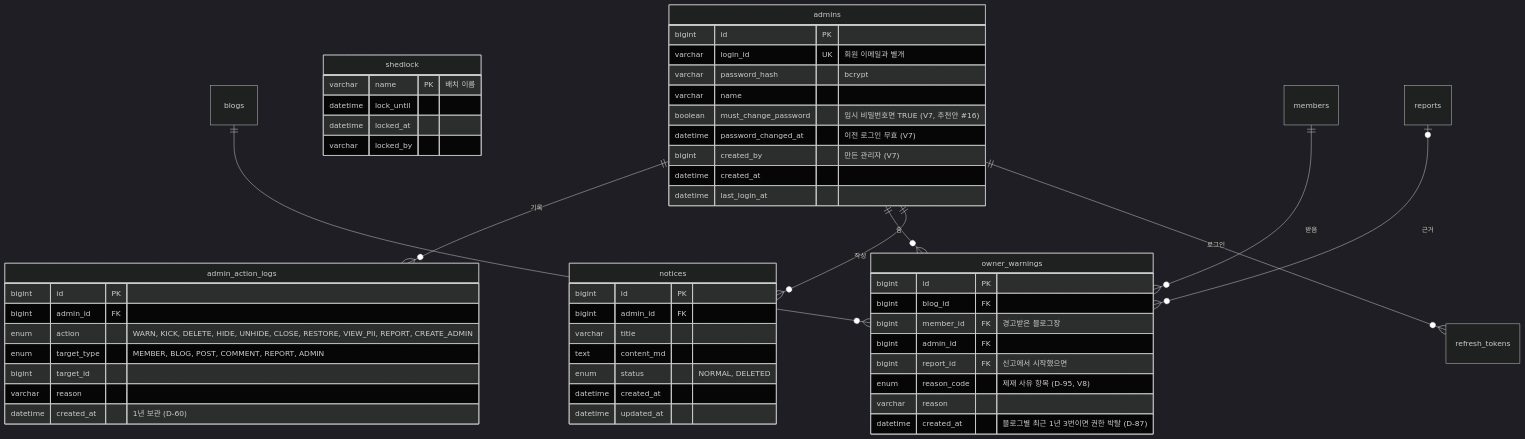
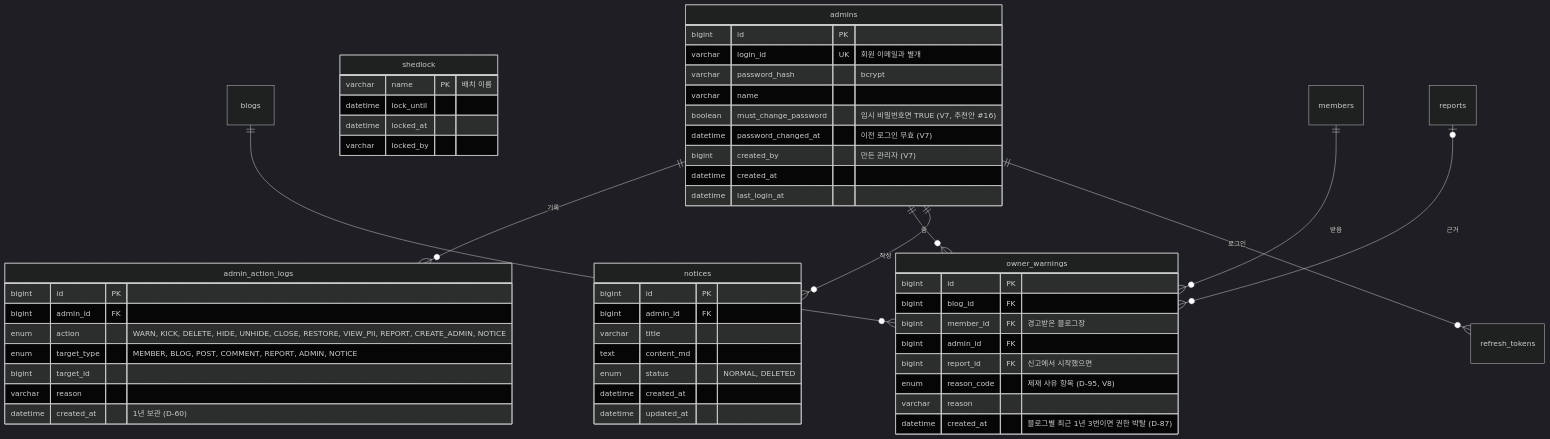
Before and after one commit to blogNM/blogproject: the sixth of 6 diagrams in docs/04-design/ERD.md, drawn with Mermaid (dark theme). The commit also changed 38 other files, not shown here.

````diff
--- a/docs/04-design/ERD.md
+++ b/docs/04-design/ERD.md
@@ -452,56 +452,56 @@
 ```mermaid
 erDiagram
     admins {
         bigint id PK
         varchar login_id UK "회원 이메일과 별개"
         varchar password_hash "bcrypt"
         varchar name
         boolean must_change_password "임시 비밀번호면 TRUE (V7, 추천안 #16)"
         datetime password_changed_at "이전 로그인 무효 (V7)"
         bigint created_by "만든 관리자 (V7)"
         datetime created_at
         datetime last_login_at
     }
     admin_action_logs {
         bigint id PK
         bigint admin_id FK
-        enum action "WARN, KICK, DELETE, HIDE, UNHIDE, CLOSE, RESTORE, VIEW_PII, REPORT, CREATE_ADMIN"
-        enum target_type "MEMBER, BLOG, POST, COMMENT, REPORT, ADMIN"
+        enum action "WARN, KICK, DELETE, HIDE, UNHIDE, CLOSE, RESTORE, VIEW_PII, REPORT, CREATE_ADMIN, NOTICE"
+        enum target_type "MEMBER, BLOG, POST, COMMENT, REPORT, ADMIN, NOTICE"
         bigint target_id
         varchar reason
         datetime created_at "1년 보관 (D-60)"
     }
     owner_warnings {
         bigint id PK
         bigint blog_id FK
         bigint member_id FK "경고받은 블로그장"
         bigint admin_id FK
         bigint report_id FK "신고에서 시작했으면"
         enum reason_code "제재 사유 항목 (D-95, V8)"
         varchar reason
         datetime created_at "블로그별 최근 1년 3번이면 권한 박탈 (D-87)"
     }
     notices {
         bigint id PK
         bigint admin_id FK
         varchar title
         text content_md
         enum status "NORMAL, DELETED"
         datetime created_at
         datetime updated_at
     }
     shedlock {
         varchar name PK "배치 이름"
         datetime lock_until
         datetime locked_at
         varchar locked_by
     }
 
     admins ||--o{ admin_action_logs : "기록"
     admins ||--o{ owner_warnings : "줌"
     blogs ||--o{ owner_warnings : ""
     members ||--o{ owner_warnings : "받음"
     reports |o--o{ owner_warnings : "근거"
     admins ||--o{ notices : "작성"
     admins ||--o{ refresh_tokens : "로그인"
 ```
````
